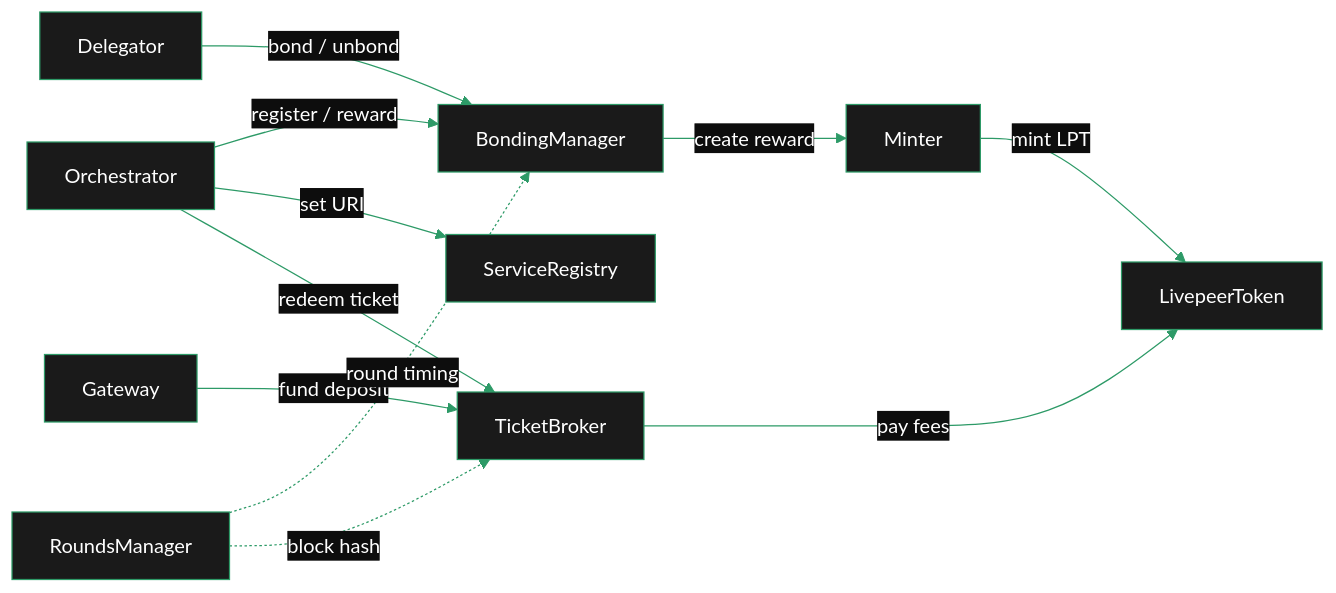
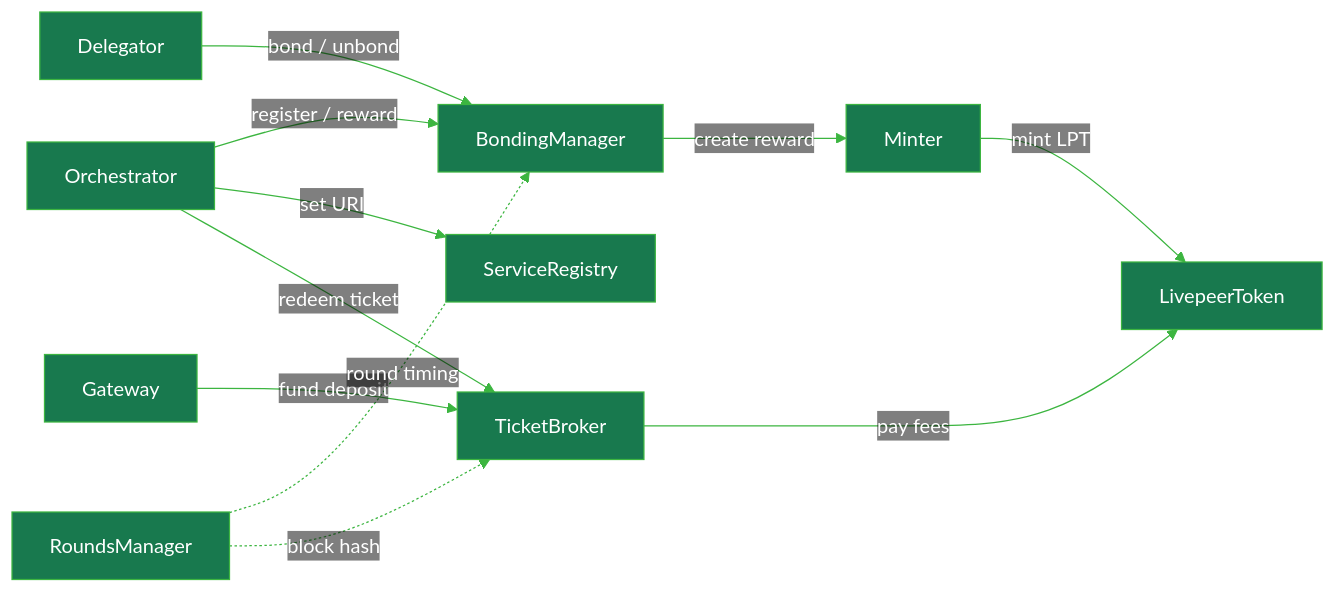
Before and after one commit to livepeer/docs: the second of 4 diagrams in v2/about/livepeer-protocol/blockchain-contracts.mdx, drawn with Mermaid. The commit also changed other lines of this file and 114 other files, not shown here.

````diff
--- a/v2/about/livepeer-protocol/blockchain-contracts.mdx
+++ b/v2/about/livepeer-protocol/blockchain-contracts.mdx
@@ -242,14 +229,14 @@
 ```mermaid
-%%{init: {'theme': 'base', 'themeVariables': {'primaryColor': '#1a1a1a', 'primaryTextColor': '#fff', 'primaryBorderColor': '#2d9a67', 'lineColor': '#2d9a67', 'secondaryColor': '#0d0d0d', 'tertiaryColor': '#1a1a1a', 'background': '#0d0d0d', 'fontFamily': 'system-ui', 'clusterBkg': 'transparent', 'clusterBorder': '#2d9a67'}}}%%
+%%{init: {'theme': 'base', 'themeVariables': {'primaryColor': '#18794e', 'primaryTextColor': '#fff', 'primaryBorderColor': '#3cb540', 'lineColor': '#3cb540', 'mainBkg': '#18794e', 'nodeBorder': '#3cb540', 'clusterBkg': 'transparent', 'clusterBorder': '#3cb540', 'titleColor': '#3cb540', 'edgeLabelBackground': 'transparent', 'textColor': '#3cb540', 'nodeTextColor': '#fff'}}}%%
 graph LR
     D[Delegator] -->|"bond / unbond"| BM[BondingManager]
     O[Orchestrator] -->|"register / reward"| BM
     O -->|"set URI"| SR[ServiceRegistry]
     G[Gateway] -->|"fund deposit"| TB[TicketBroker]
     O -->|"redeem ticket"| TB
     BM -->|"create reward"| M[Minter]
     M -->|"mint LPT"| LPT[LivepeerToken]
     TB -->|"pay fees"| LPT
     RM[RoundsManager] -.->|"round timing"| BM
     RM -.->|"block hash"| TB
 ```
````
